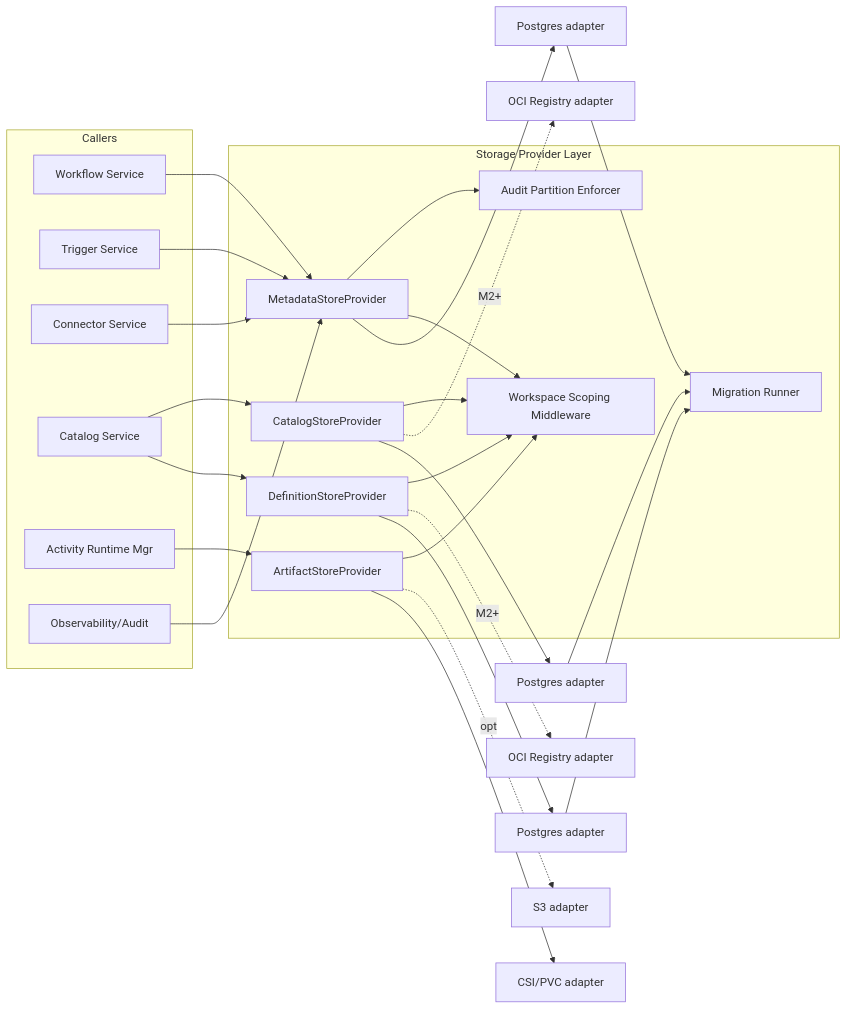
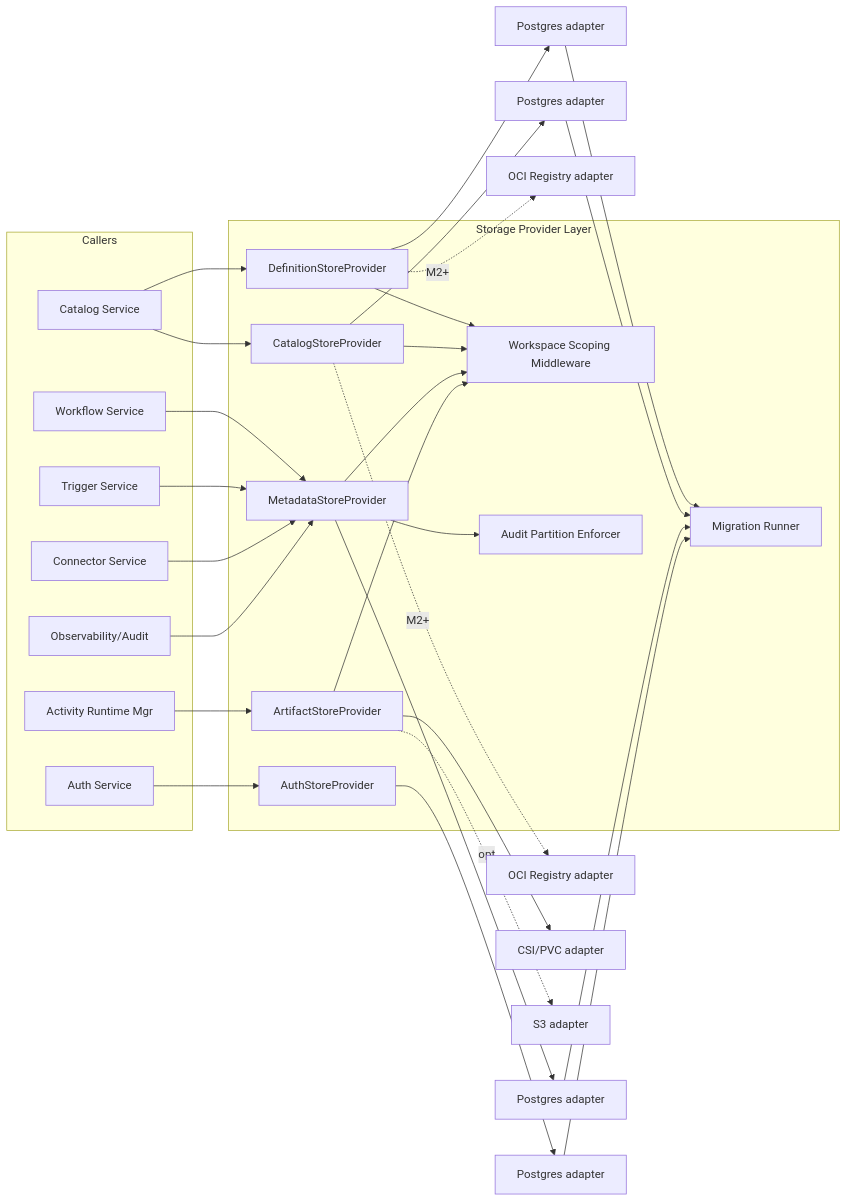
Before and after one commit to toddysm/custos: the first of 3 diagrams in design/components/storage-provider-layer/design.md, drawn with Mermaid. The commit also changed other lines of this file and 4 other files, not shown here.

First line of the commit message:
design(component): auth-service initial design + SPL AuthStoreProvider delta

````diff
--- a/design/components/storage-provider-layer/design.md
+++ b/design/components/storage-provider-layer/design.md
@@ -31,38 +31,42 @@
 ```mermaid
 graph LR
     subgraph Callers
         WF[Workflow Service]
         TS[Trigger Service]
         CN[Connector Service]
         CT[Catalog Service]
         AR[Activity Runtime Mgr]
         OB[Observability/Audit]
+        AU[Auth Service]
     end
 
     subgraph SPL[Storage Provider Layer]
         DefIfc[DefinitionStoreProvider]
         CatIfc[CatalogStoreProvider]
         MetaIfc[MetadataStoreProvider]
         ArtIfc[ArtifactStoreProvider]
+        AuthIfc[AuthStoreProvider]
         Scope[Workspace Scoping Middleware]
         AuditPart[Audit Partition Enforcer]
         Mig[Migration Runner]
     end
 
     WF & TS & CN & OB --> MetaIfc
     CT --> DefIfc
     CT --> CatIfc
     AR --> ArtIfc
+    AU --> AuthIfc
 
     DefIfc --> PgDef[Postgres adapter]
     DefIfc -. M2+ .-> OciDef[OCI Registry adapter]
     CatIfc --> PgCat[Postgres adapter]
     CatIfc -. M2+ .-> OciCat[OCI Registry adapter]
     MetaIfc --> PgMeta[Postgres adapter]
     ArtIfc --> CsiArt[CSI/PVC adapter]
     ArtIfc -. opt .-> S3Art[S3 adapter]
+    AuthIfc --> PgAuth[Postgres adapter]
 
     DefIfc & CatIfc & MetaIfc & ArtIfc --> Scope
     MetaIfc --> AuditPart
-    PgDef & PgCat & PgMeta --> Mig
+    PgDef & PgCat & PgMeta & PgAuth --> Mig
 ```
````
